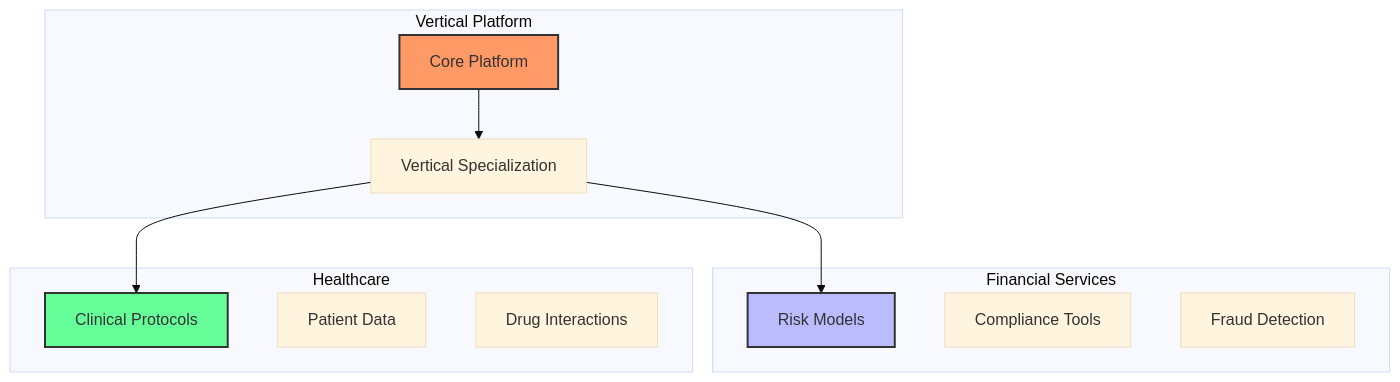
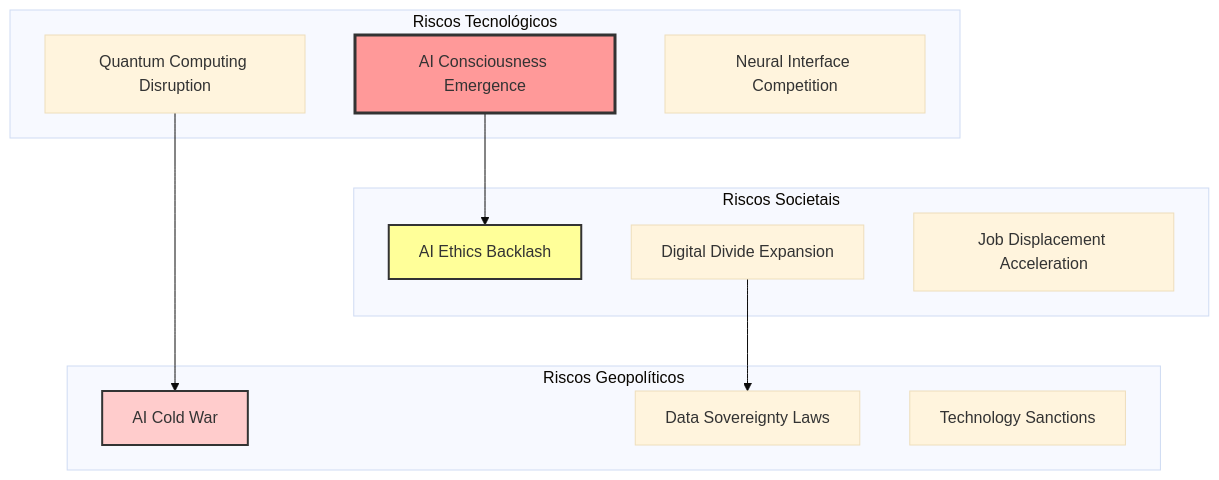
The fourth of 10 diagrams in docs/AI/Comunicação/MCP/16-mcp-analise preditiva.md (felipepimentel/my-public-notes), drawn with Mermaid (base theme) before and after one commit. The commit also changed other lines of this file and 2 other files, not shown here.

````diff
--- a/docs/AI/Comunicação/MCP/16-mcp-analise preditiva.md
+++ b/docs/AI/Comunicação/MCP/16-mcp-analise preditiva.md
@@ -276,27 +147,28 @@
 ```mermaid
 graph TD
-    subgraph "Vertical Platform"
-        VP[Core Platform]
-        VS[Vertical Specialization]
+    subgraph "Riscos Tecnológicos"
+        RT1[AI Consciousness Emergence]
+        RT2[Quantum Computing Disruption]
+        RT3[Neural Interface Competition]
     end
     
-    subgraph "Financial Services"
-        FS1[Risk Models]
-        FS2[Compliance Tools]
-        FS3[Fraud Detection]
+    subgraph "Riscos Societais"
+        RS1[AI Ethics Backlash]
+        RS2[Digital Divide Expansion]
+        RS3[Job Displacement Acceleration]
     end
     
-    subgraph "Healthcare"
-        HC1[Clinical Protocols]
-        HC2[Patient Data]
-        HC3[Drug Interactions]
+    subgraph "Riscos Geopolíticos"
+        RG1[AI Cold War]
+        RG2[Data Sovereignty Laws]
+        RG3[Technology Sanctions]
     end
     
-    VP --> VS
-    VS --> FS1
-    VS --> HC1
+    RT1 --> RS1
+    RT2 --> RG1
+    RS2 --> RG2
     
-    style VP fill:#f96,stroke:#333,stroke-width:2px
-    style FS1 fill:#bbf,stroke:#333,stroke-width:2px
-    style HC1 fill:#6f9,stroke:#333,stroke-width:2px
+    style RT1 fill:#f99,stroke:#333,stroke-width:3px
+    style RS1 fill:#ff9,stroke:#333,stroke-width:2px
+    style RG1 fill:#fcc,stroke:#333,stroke-width:2px
 ```
````
